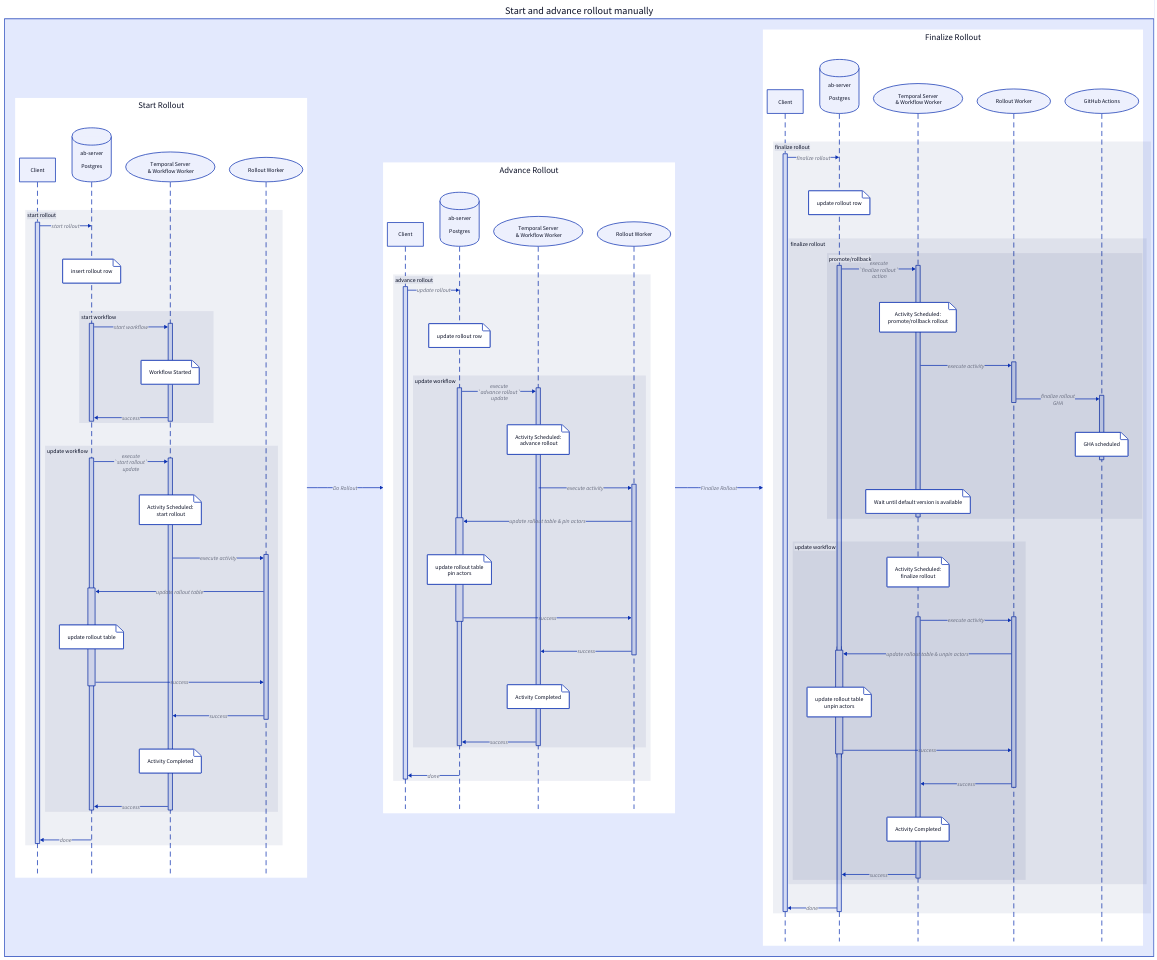
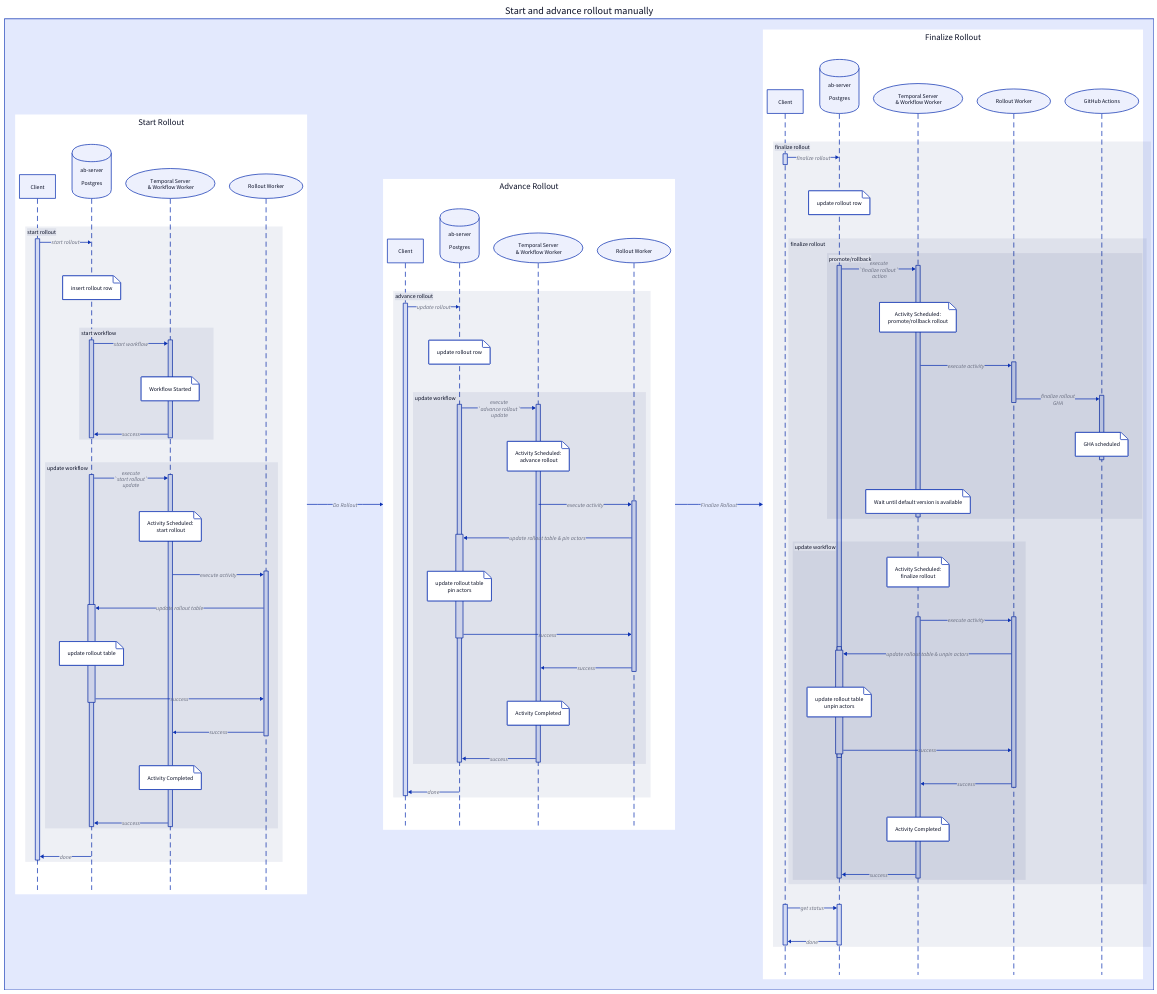
One commit to airbytehq/airbyte-platform changed the diagram in airbyte-connector-rollout-client/sequence_diagram.d2. Above: the diagram before and after it, drawn with D2. The commit also changed 2 other files, not shown here.

```diff
--- a/airbyte-connector-rollout-client/sequence_diagram.d2
+++ b/airbyte-connector-rollout-client/sequence_diagram.d2
@@ -1,129 +1,130 @@
 direction: right
 Start and advance rollout manually: {
   Start: Start Rollout {
     shape: sequence_diagram
     c: {
         label: Client
       }
       ab: {
         label: ab-server\n\nPostgres
         shape: cylinder
       }
       t: {
         label: Temporal Server\n \& Workflow Worker
         shape: oval
       }
       w: {
         label: Rollout Worker
         shape: oval
       }
     start rollout: {
       c.start -> ab: start rollout
       ab."insert rollout row"
       start workflow: {
         ab.workflow -> t.workflow: start workflow
         t.workflow."Workflow Started"
         t.workflow -> ab.workflow: success
       }
 
       update workflow: {
         ab.update -> t.update: execute\n`start rollout`\nupdate
         t.update."Activity Scheduled:\n start rollout"
         t.update -> w.update: execute activity
         w.update -> ab.update.2: update rollout table
         ab.update.2."update rollout table"
         ab.update.2 -> w.update: success
         w.update -> t.update: success
         t.update."Activity Completed"
         t.update -> ab.update: success
       }
       ab -> c.start: done
     }
   }
 
   Advance: Advance Rollout {
     shape: sequence_diagram
     c: {
         label: Client
       }
       ab: {
         label: ab-server\n\nPostgres
         shape: cylinder
       }
       t: {
         label: Temporal Server\n \& Workflow Worker
         shape: oval
       }
       w: {
         label: Rollout Worker
         shape: oval
       }
     advance rollout: {
       c.advance -> ab: update rollout
       ab."update rollout row"
       update workflow: "update workflow" {
         ab.advance -> t.advance: execute\n`advance rollout`\n update
         t."Activity Scheduled:\n advance rollout"
         t -> w.advance: execute activity
         w.advance -> ab.advance.2: update rollout table & pin actors
         ab.advance.2."update rollout table\npin actors"
         ab.advance.2 -> w.advance: success
         w.advance -> t.advance: success
         t.advance."Activity Completed"
         t.advance -> ab.advance: success
       }
       ab -> c.advance: done
     }
   }
 
   Finalize: Finalize Rollout {
     shape: sequence_diagram
     c: {
         label: Client
       }
       ab: {
         label: ab-server\n\nPostgres
         shape: cylinder
       }
       t: {
         label: Temporal Server\n \& Workflow Worker
         shape: oval
       }
       w: {
         label: Rollout Worker
         shape: oval
       }
       gh: {
         label: GitHub Actions
         shape: oval
       }
     finalize rollout: {
       c.finalize -> ab: finalize rollout
       ab."update rollout row"
       finalize rollout: {
         "promote/rollback" {
             ab.finalize -> t.gha: execute\n`finalize rollout`\n action
             t.gha."Activity Scheduled:\npromote/rollback rollout"
             t.gha -> w.gha: execute activity
             w.gha -> gh.gha: finalize rollout\nGHA
             gh.gha."GHA scheduled"
             t.gha."Wait until default version is available"
           }
         "update workflow" {
             t."Activity Scheduled:\nfinalize rollout"
             t.unpin -> w.unpin: execute activity
             w.unpin -> ab.unpin.2: update rollout table & unpin actors
             ab.unpin.2."update rollout table\nunpin actors"
             ab.unpin.2 -> w.unpin: success
             w.unpin -> t.unpin: success
             t.unpin."Activity Completed"
             t.unpin -> ab.finalize: success
           }
       }
-      ab.finalize -> c.finalize: done
+      c.status -> ab.status: get status
+      ab.status -> c.status: done
     }
   }
 
   Start -> Advance: Do Rollout
   Advance -> Finalize: Finalize Rollout
 }
```
